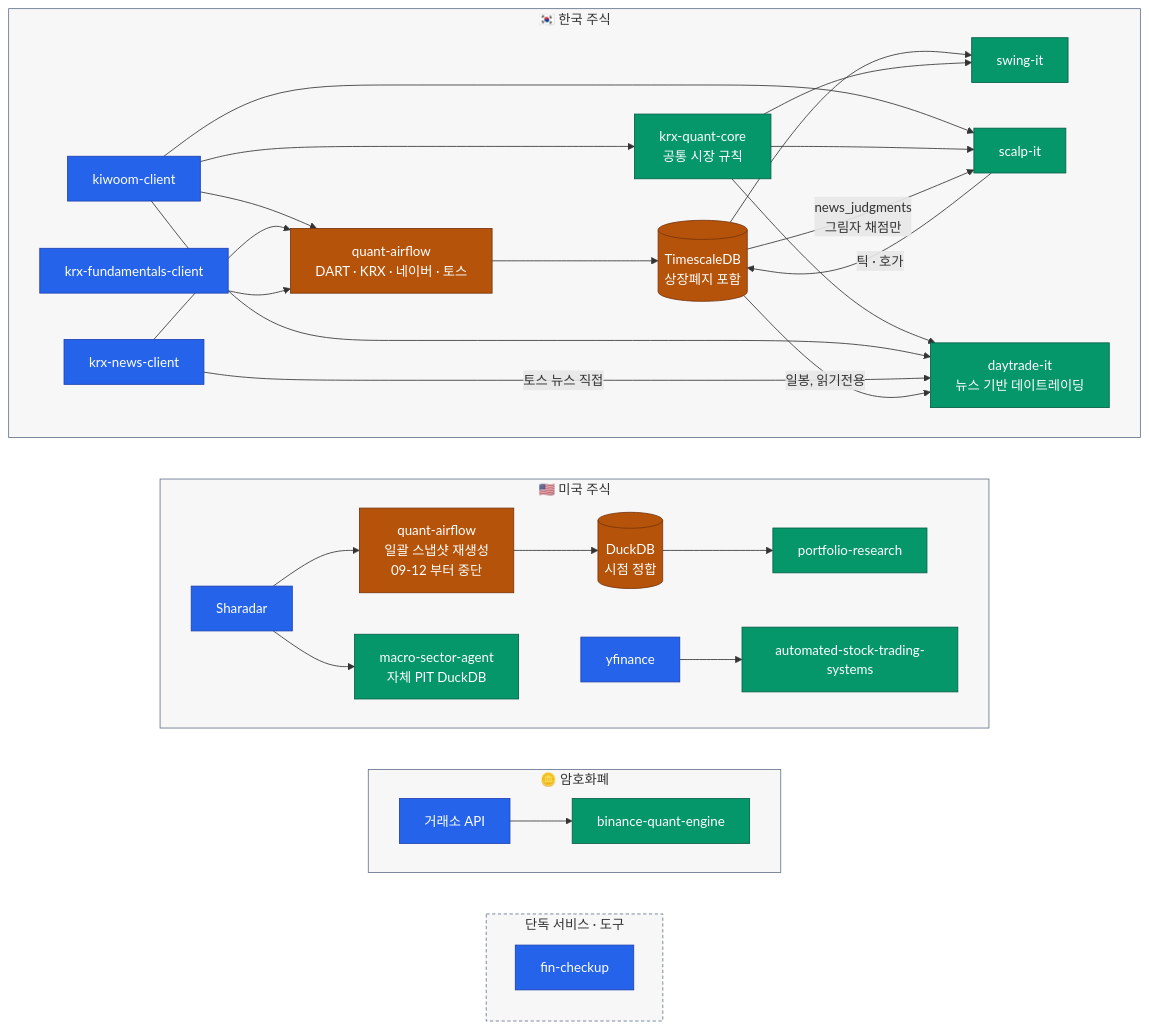
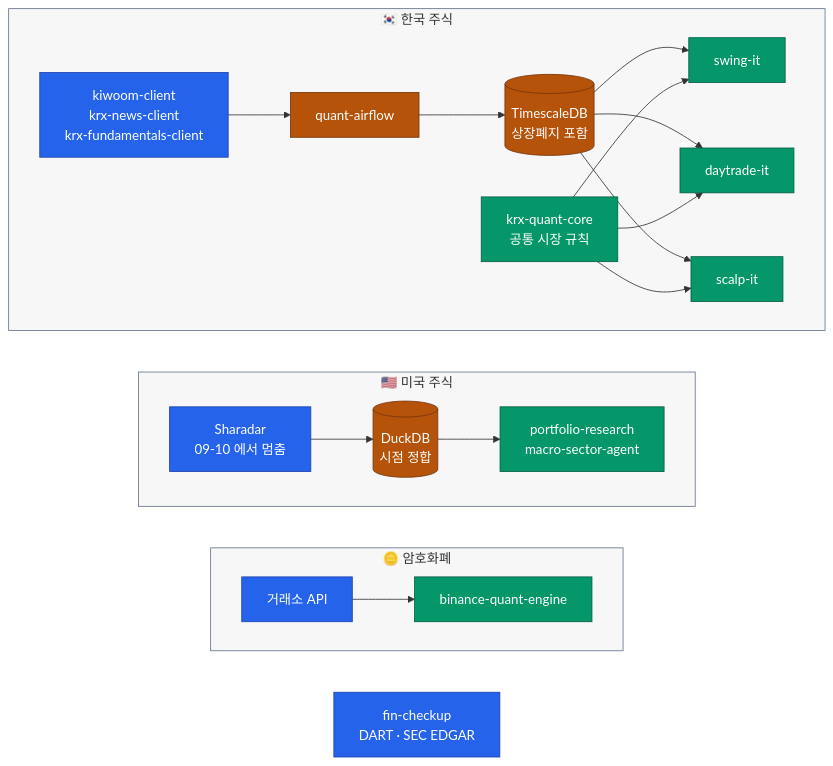
Before and after one commit to younghwan91/younghwan91: the diagram in README.ko.md, drawn with Mermaid. The commit also changed other lines of this file and 1 other file, not shown here.

First line of the commit message:
docs(readme): 10-11 기준 갱신 — trader 처분·단일 호스트, daytrade-it 종이매매 전환·판정 종결, 간소화

````diff
--- a/README.ko.md
+++ b/README.ko.md
@@ -22,52 +21,37 @@
 ```mermaid
 flowchart TB
     subgraph KR ["🇰🇷 한국 주식"]
         direction LR
-        K["kiwoom-client"] --> AF["quant-airflow<br/>DART · KRX · 네이버 · 토스"] --> DB[("TimescaleDB<br/>상장폐지 포함")] --> Q["swing-it"]
-        NW["krx-news-client"] --> AF
-        F["krx-fundamentals-client"] --> AF
-        K --> SC["scalp-it"]
-        KC["krx-quant-core<br/>공통 시장 규칙"] --> SC
-        KC --> KSIG
-        KC --> Q
-        K --> KC
-        SC -- "틱 · 호가" --> DB
-        DB -- "news_judgments<br/>그림자 채점만" --> SC
-        K --> KSIG["daytrade-it<br/>뉴스 기반 데이트레이딩"]
-        NW -- "토스 뉴스 직접" --> KSIG
-        DB -- "일봉, 읽기전용" --> KSIG
+        SRC["kiwoom-client<br/>krx-news-client<br/>krx-fundamentals-client"] --> AF["quant-airflow"] --> DB[("TimescaleDB<br/>상장폐지 포함")]
+        DB --> SW["swing-it"]
+        DB --> DT["daytrade-it"]
+        DB --> SC["scalp-it"]
+        KC["krx-quant-core<br/>공통 시장 규칙"] --> SW & DT & SC
     end
 
     subgraph US ["🇺🇸 미국 주식"]
         direction LR
-        SH["Sharadar"] --> AFU["quant-airflow<br/>일괄 스냅샷 재생성<br/>09-12 부터 중단"] --> DD[("DuckDB<br/>시점 정합")] --> O["portfolio-research"]
-        SH --> MS["macro-sector-agent<br/>자체 PIT DuckDB"]
-        YF["yfinance"] --> AT["automated-stock-trading-systems"]
+        SH["Sharadar<br/>09-10 에서 멈춤"] --> DD[("DuckDB<br/>시점 정합")] --> PR["portfolio-research<br/>macro-sector-agent"]
     end
 
     subgraph CX ["🪙 암호화폐"]
         direction LR
         EX["거래소 API"] --> CR["binance-quant-engine"]
     end
 
-    subgraph SVC ["단독 서비스 · 도구"]
-        direction TB
-        FC["fin-checkup"]
-    end
+    FC["fin-checkup<br/>DART · SEC EDGAR"]
 
-    %% 세로 정렬용 — `~~~` 는 그 자체로 보이지 않는 링크다(linkStyle 불필요).
-    KR ~~~ US ~~~ CX ~~~ SVC
+    KR ~~~ US ~~~ CX ~~~ FC
 
     classDef source fill:#2563EB,stroke:#1E40AF,color:#FFFFFF
     classDef move   fill:#B45309,stroke:#78350F,color:#FFFFFF
     classDef out    fill:#059669,stroke:#065F46,color:#FFFFFF
 
-    class K,SH,YF,EX,F,NW,FC source
-    class AF,AFU,DB,DD move
-    class Q,O,AT,CR,SC,MS,KSIG,KC out
+    class SRC,SH,EX,FC source
+    class AF,DB,DD move
+    class SW,DT,SC,KC,PR,CR out
 
-    style KR  fill:#0F172A08,stroke:#64748B
-    style US  fill:#0F172A08,stroke:#64748B
-    style CX  fill:#0F172A08,stroke:#64748B
-    style SVC fill:#0F172A08,stroke:#64748B,stroke-dasharray:4 3
+    style KR fill:#0F172A08,stroke:#64748B
+    style US fill:#0F172A08,stroke:#64748B
+    style CX fill:#0F172A08,stroke:#64748B
 ```
````
